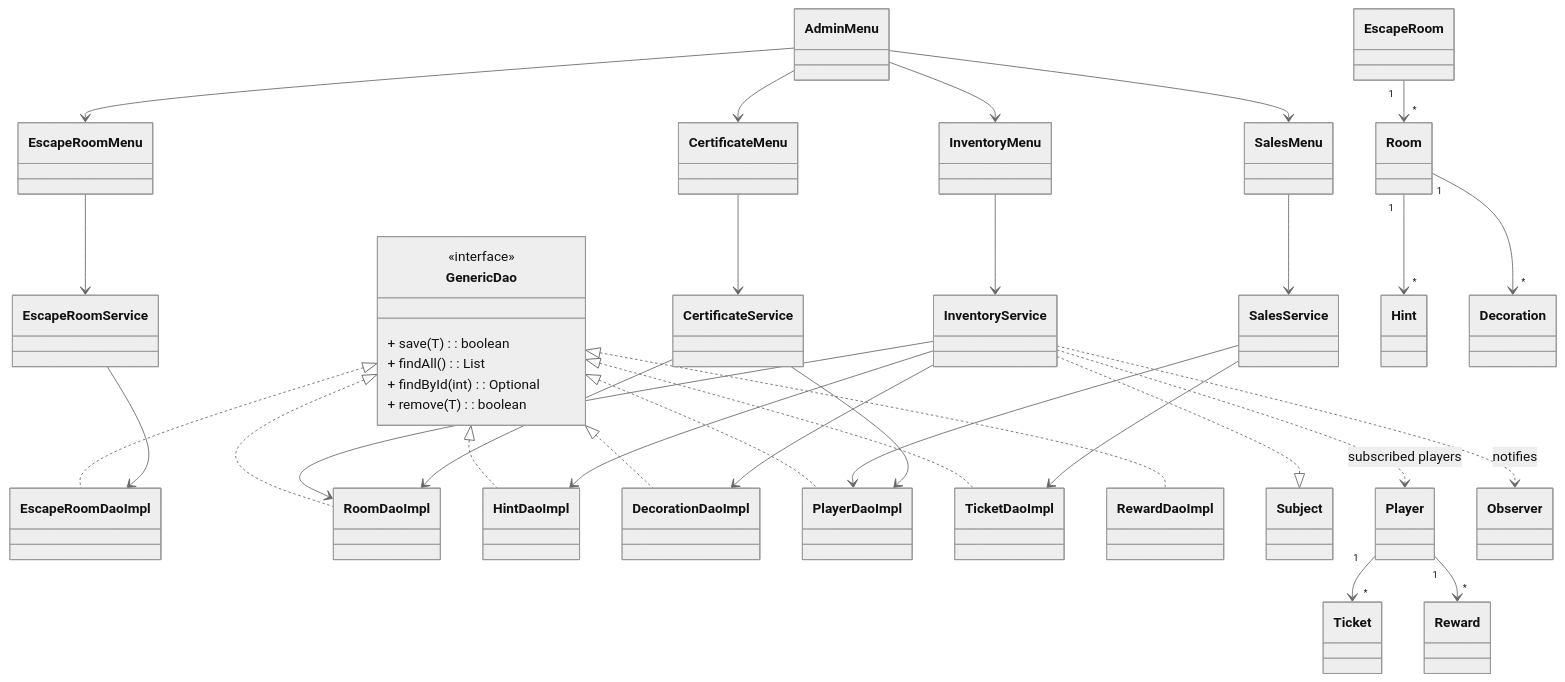
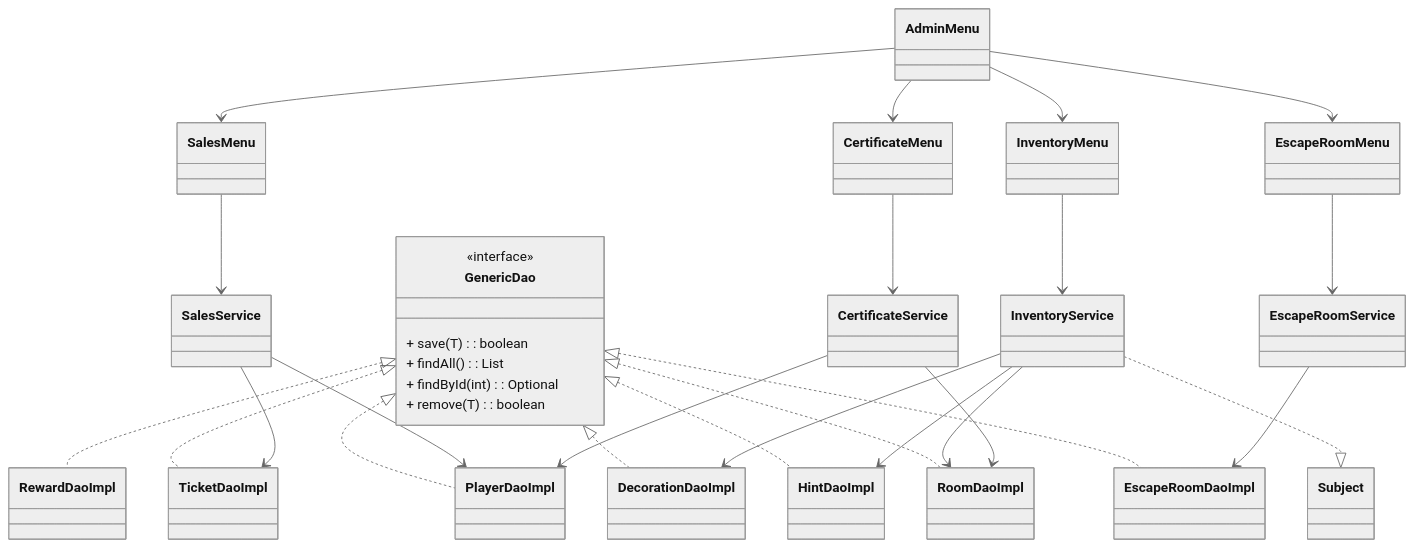
Before and after one commit to Escape-Room-ITAcademy-Oct2025/EscapeRoom: the second of 2 diagrams in README.md, drawn with Mermaid.

Commit message:
docs: update db diagram

````diff
--- a/README.md
+++ b/README.md
@@ -136,81 +146,74 @@
 ```mermaid
 %%{init: {'theme': 'neutral', 'flowchart': {'defaultRenderer': 'elk'}} }%%
 classDiagram
     direction TB
     
 %% ===========================
 %% DAO
 %% ===========================
     class GenericDao {
         <<interface>>
         + save(T) : boolean
         + findAll() : List<T>
         + findById(int) : Optional<T>
         + remove(T) : boolean
     }
 
     class EscapeRoomDaoImpl
     class RoomDaoImpl
     class HintDaoImpl
     class DecorationDaoImpl
     class PlayerDaoImpl
     class TicketDaoImpl
     class RewardDaoImpl
 
     GenericDao <|.. EscapeRoomDaoImpl
     GenericDao <|.. RoomDaoImpl
     GenericDao <|.. HintDaoImpl
     GenericDao <|.. DecorationDaoImpl
     GenericDao <|.. PlayerDaoImpl
     GenericDao <|.. TicketDaoImpl
     GenericDao <|.. RewardDaoImpl
 
 %% ===========================
 %% SERVICE
 %% ===========================
     class EscapeRoomService
     class InventoryService
     class SalesService
     class CertificateService
 
     EscapeRoomService --> EscapeRoomDaoImpl
     InventoryService --> RoomDaoImpl
     InventoryService --> HintDaoImpl
     InventoryService --> DecorationDaoImpl
     InventoryService ..|> Subject
     SalesService --> PlayerDaoImpl
     SalesService --> TicketDaoImpl
     CertificateService --> PlayerDaoImpl
     CertificateService --> RoomDaoImpl
 
 %% ===========================
 %% MENU
 %% ===========================
     class AdminMenu
     class EscapeRoomMenu
     class InventoryMenu
     class SalesMenu
     class CertificateMenu
 
     AdminMenu --> EscapeRoomMenu
     AdminMenu --> InventoryMenu
     AdminMenu --> SalesMenu
     AdminMenu --> CertificateMenu
 
     EscapeRoomMenu --> EscapeRoomService
     InventoryMenu --> InventoryService
     SalesMenu --> SalesService
     CertificateMenu --> CertificateService
 
 %% ===========================
 %% RELATIONSHIPS MODEL
 %% ===========================
-    EscapeRoom "1" --> "*" Room
-    Room "1" --> "*" Hint
-    Room "1" --> "*" Decoration
-    Player "1" --> "*" Ticket
-    Player "1" --> "*" Reward
-    InventoryService ..> Observer : notifies
-    InventoryService ..> Player : subscribed players
 
 ```
````
